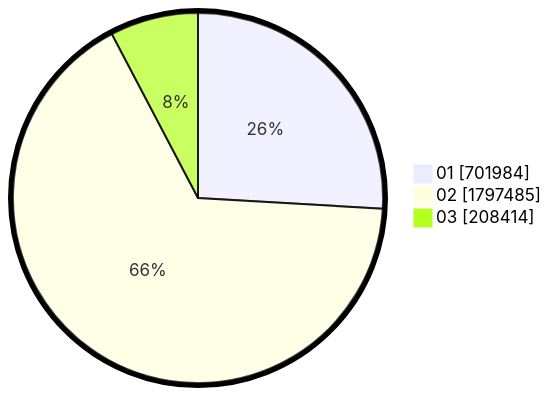
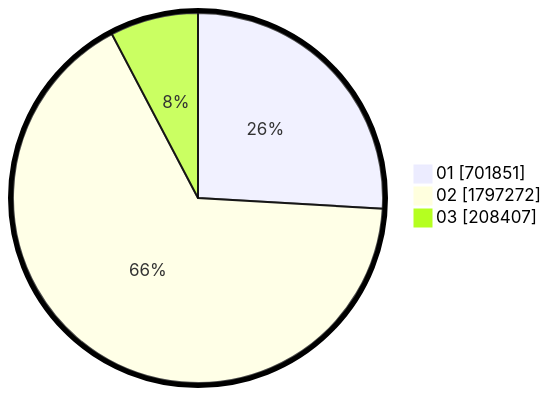
The second of 2 diagrams in pilpres/hitung-suara/sub/table-wilayah-52.md (gigit-pemilu/pemilu-2024), drawn with Mermaid before and after one commit. The commit also changed other lines of this file and 11 other files, not shown here.

````diff
--- a/pilpres/hitung-suara/sub/table-wilayah-52.md
+++ b/pilpres/hitung-suara/sub/table-wilayah-52.md
@@ -15,7 +15,7 @@
 ```mermaid
 %%{init: {"pie": {"textPosition": 0.5}, "themeVariables": {"pieOuterStrokeWidth": "5px"}} }%%
 pie showData
-    "01" : 701984
-    "02" : 1797485
-    "03" : 208414
+    "01" : 701851
+    "02" : 1797272
+    "03" : 208407
 ```
````
